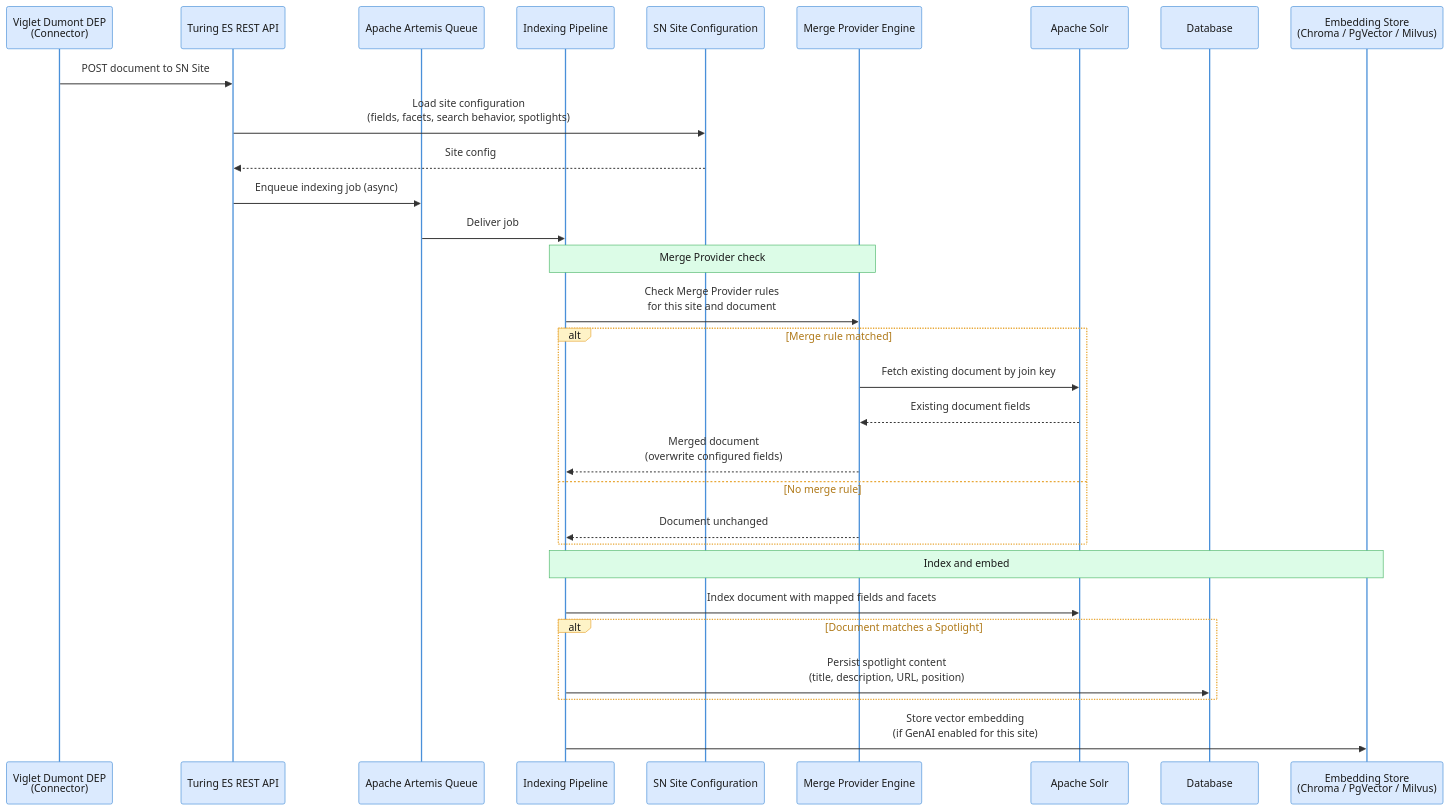
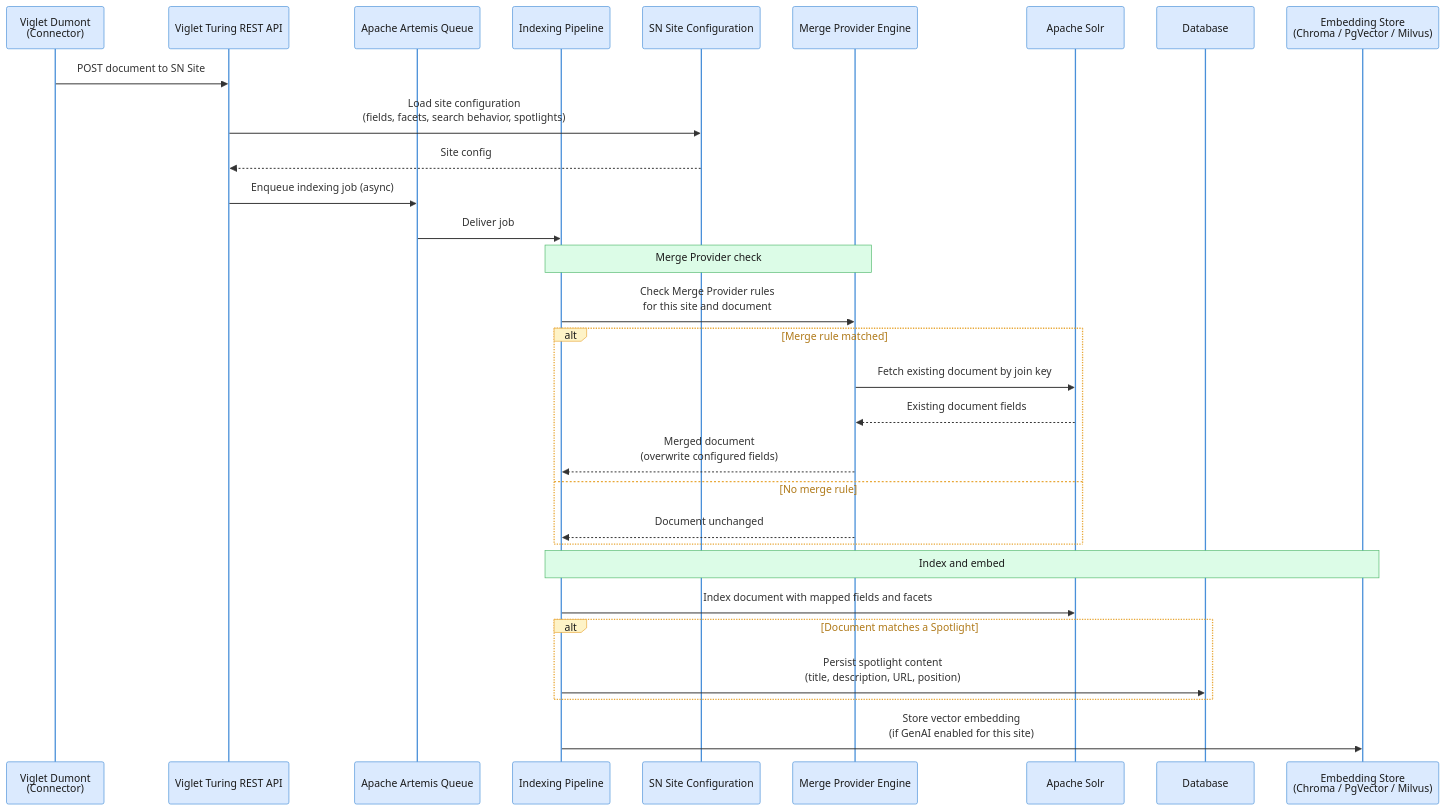
Before and after one commit to openviglet/docs: the diagram in diagrams/turing-indexing-flow.mmd, drawn with Mermaid. The commit also changed 157 other files, not shown here.

```diff
--- a/diagrams/turing-indexing-flow.mmd
+++ b/diagrams/turing-indexing-flow.mmd
@@ -1,36 +1,36 @@
 %%{init: {'theme': 'base', 'themeVariables': {'fontSize': '13px', 'actorBkg': '#dbeafe', 'actorBorder': '#4A90D9', 'actorTextColor': '#1a1a1a', 'activationBkgColor': '#ede9fe', 'activationBorderColor': '#9B6EC5', 'labelBoxBkgColor': '#fef3c7', 'labelBoxBorderColor': '#E8A838', 'labelTextColor': '#1a1a1a', 'loopTextColor': '#b07a1a', 'noteBkgColor': '#dcfce7', 'noteBorderColor': '#50B86C', 'noteTextColor': '#1a1a1a', 'signalColor': '#333', 'signalTextColor': '#333'}}}%%
 sequenceDiagram
-    participant Dumont as Viglet Dumont DEP<br/>(Connector)
-    participant API as Turing ES REST API
+    participant Dumont as Viglet Dumont<br/>(Connector)
+    participant API as Viglet Turing REST API
     participant Artemis as Apache Artemis Queue
     participant Pipeline as Indexing Pipeline
     participant SNSite as SN Site Configuration
     participant Merge as Merge Provider Engine
     participant Solr as Apache Solr
     participant DB as Database
     participant Emb as Embedding Store<br/>(Chroma / PgVector / Milvus)
 
     Dumont->>API: POST document to SN Site
     API->>SNSite: Load site configuration<br/>(fields, facets, search behavior, spotlights)
     SNSite-->>API: Site config
     API->>Artemis: Enqueue indexing job (async)
     Artemis->>Pipeline: Deliver job
 
     Note over Pipeline,Merge: Merge Provider check
 
     Pipeline->>Merge: Check Merge Provider rules<br/>for this site and document
     alt Merge rule matched
         Merge->>Solr: Fetch existing document by join key
         Solr-->>Merge: Existing document fields
         Merge-->>Pipeline: Merged document<br/>(overwrite configured fields)
     else No merge rule
         Merge-->>Pipeline: Document unchanged
     end
 
     Note over Pipeline,Emb: Index and embed
 
     Pipeline->>Solr: Index document with mapped fields and facets
     alt Document matches a Spotlight
         Pipeline->>DB: Persist spotlight content<br/>(title, description, URL, position)
     end
     Pipeline->>Emb: Store vector embedding<br/>(if GenAI enabled for this site)
```
